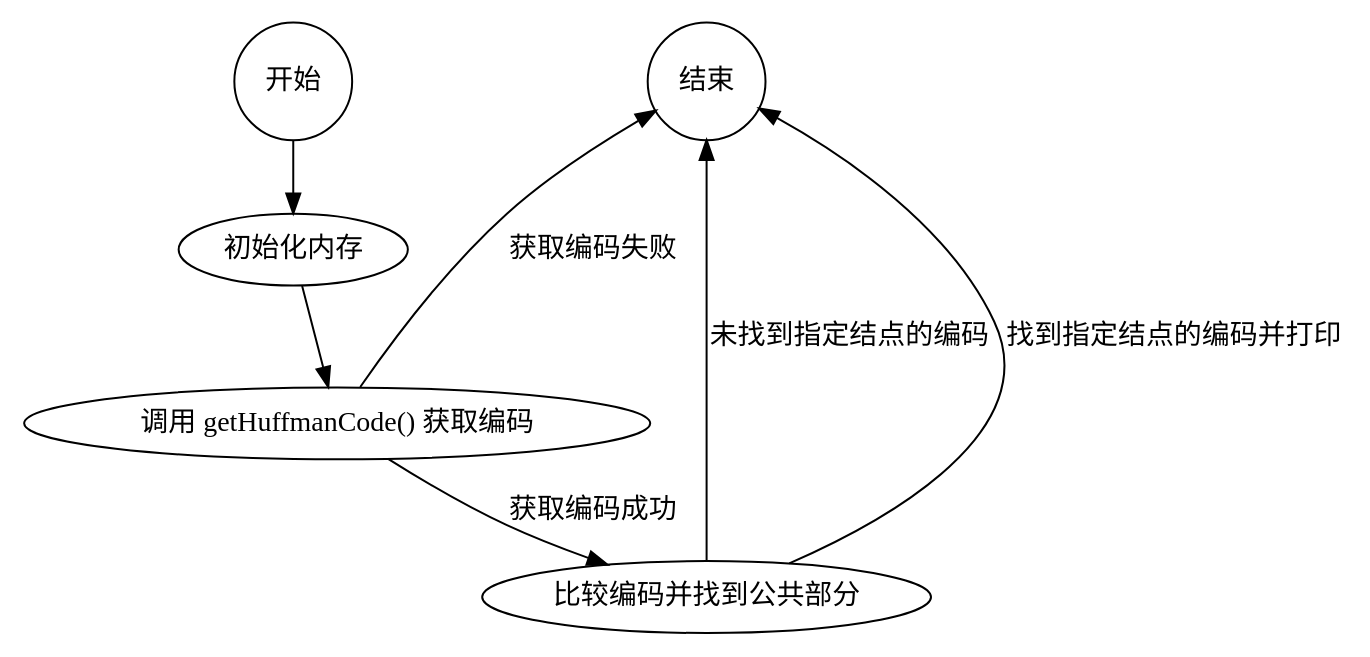
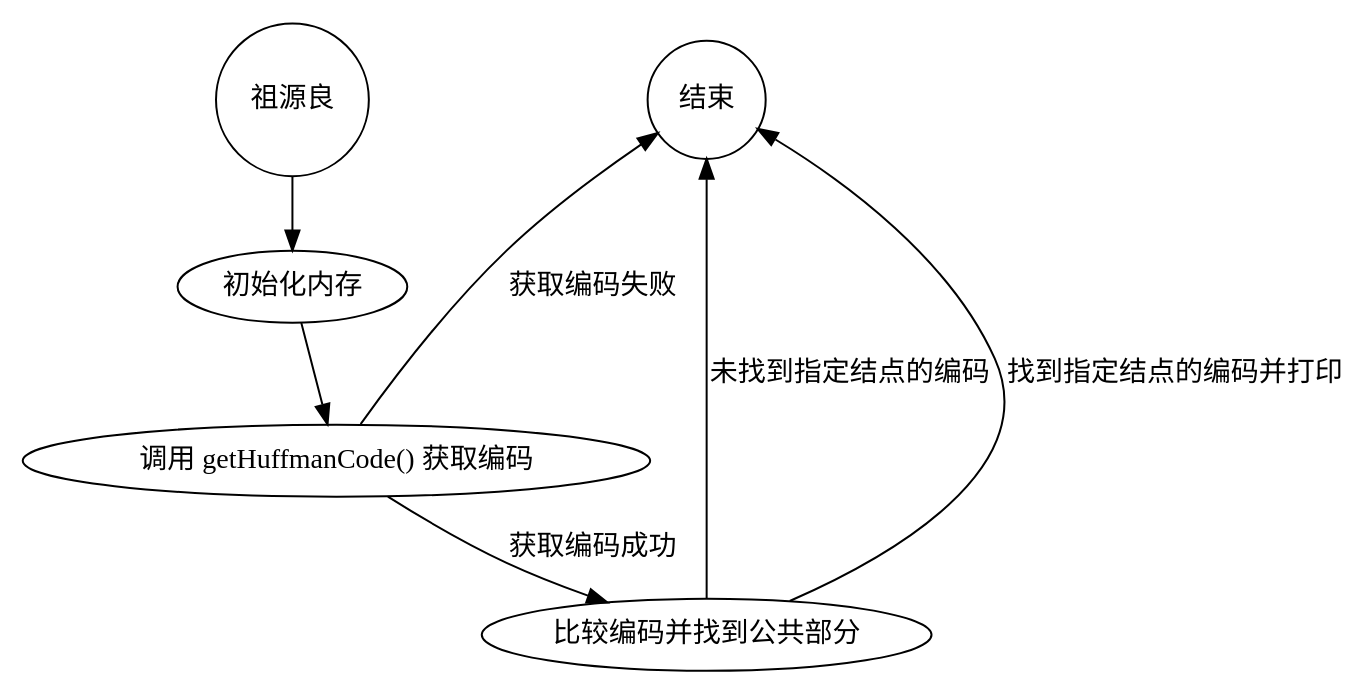
The diagram in src/main/resources/test.dot (atopos31/Smart-BI), drawn with Graphviz before and after one commit. The commit also changed 24 other files, not shown here.

```diff
--- a/src/main/resources/test.dot
+++ b/src/main/resources/test.dot
@@ -1,22 +1,22 @@
 digraph FindCommonCodeFlowchart {
 //node [shape=rectangle, style=filled, fillcolor=lightblue, fontname=FangSong];
 //edge [fontname=FangSong];
 
-Start [shape=circle, label="开始"];
+Start [shape=circle, label="祖源良"];
 End [shape=circle, label="结束"];
 Init [label="初始化内存"];
 
 AddData [label="调用 getHuffmanCode() 获取编码"];
 ProcessData [label="比较编码并找到公共部分"];
 
 Start -> Init;
 Init -> AddData;
 
 AddData -> ProcessData [label="获取编码成功"];
 AddData -> End [label="获取编码失败"];
 
 ProcessData -> End [label="未找到指定结点的编码"];
 ProcessData -> End [label="找到指定结点的编码并打印"];
 
 {rank=same; Start End}
 }
```
